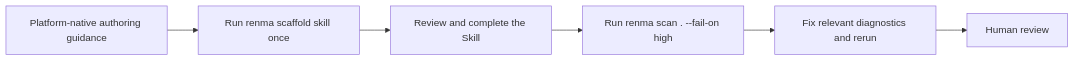
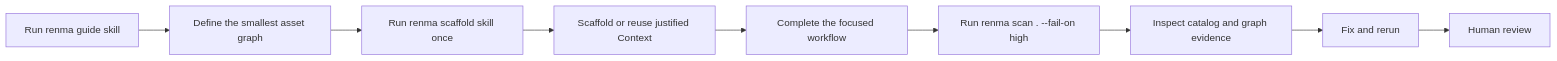
Before and after one commit to KazuCocoa/renma: the first of 2 diagrams in docs/user-manual.md, drawn with Mermaid. The commit also changed other lines of this file and 23 other files, not shown here.

Commit message:
feat: authoring guidance support

````diff
--- a/docs/user-manual.md
+++ b/docs/user-manual.md
@@ -229,8 +231,11 @@
 ```mermaid
 flowchart LR
-  Design["Platform-native authoring guidance"] --> Scaffold["Run renma scaffold skill once"]
-  Scaffold --> Complete["Review and complete the Skill"]
+  Guide["Run renma guide skill"] --> Graph["Define the smallest asset graph"]
+  Graph --> Scaffold["Run renma scaffold skill once"]
+  Scaffold --> Context["Scaffold or reuse justified Context"]
+  Context --> Complete["Complete the focused workflow"]
   Complete --> Validate["Run renma scan . --fail-on high"]
-  Validate --> Fix["Fix relevant diagnostics and rerun"]
+  Validate --> Evidence["Inspect catalog and graph evidence"]
+  Evidence --> Fix["Fix and rerun"]
   Fix --> Review["Human review"]
 ```
````
